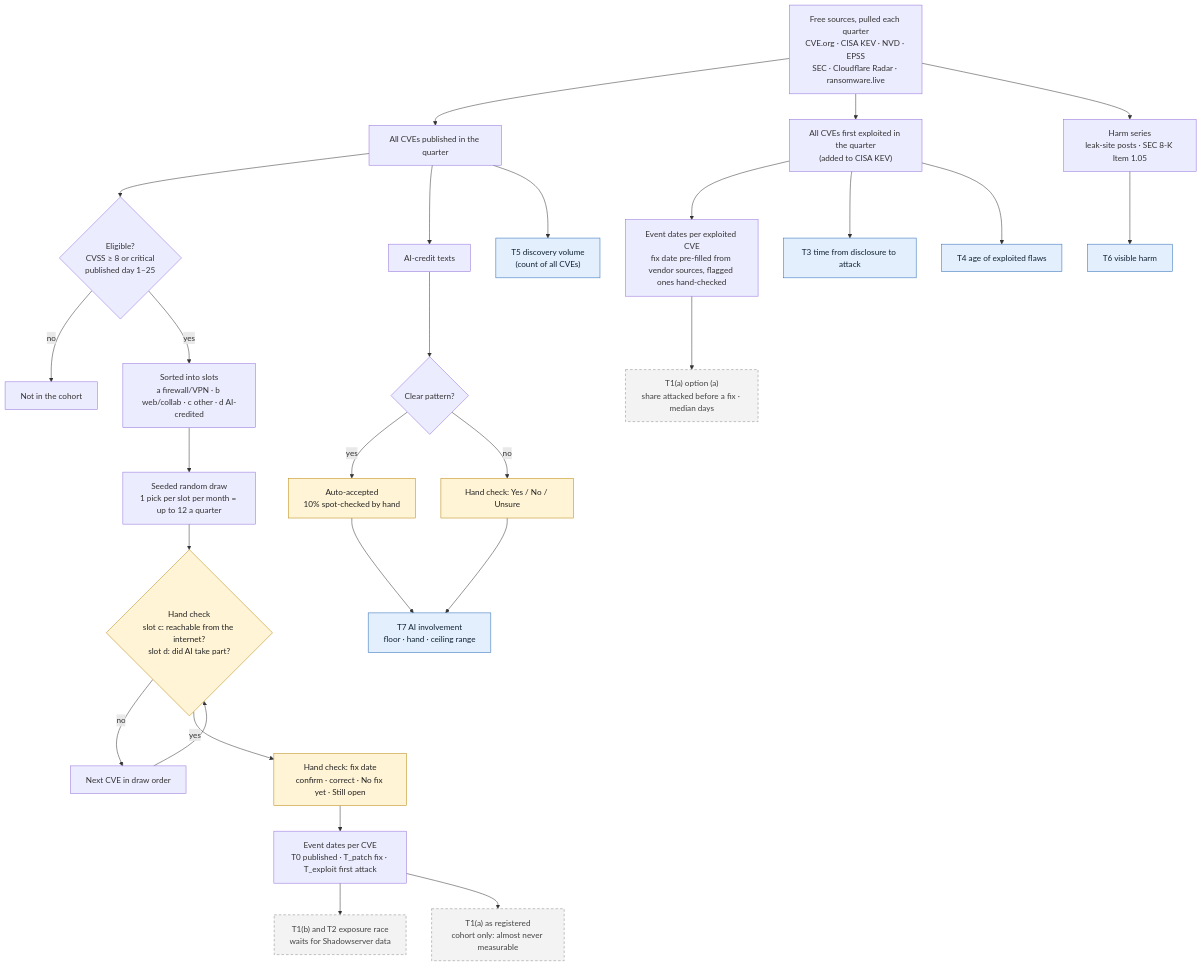
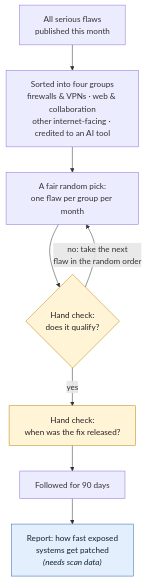
One commit to pagagne/internet-security-snapshot changed the second of 6 diagrams in docs/EVALUATION_FLOW.md. Above: the diagram before and after it, drawn with Mermaid. The commit also changed other lines of this file and 14 other files, not shown here.

First line of the commit message:
Evaluation page rebuilt as an overview plus four plain-language tracks (A-D), each with its own small diagram; glossary; diagram manifest updated

````diff
--- a/docs/EVALUATION_FLOW.md
+++ b/docs/EVALUATION_FLOW.md
@@ -16,38 +46,14 @@
 ```mermaid
 flowchart TD
-  SRC["Free sources, pulled each quarter<br/>CVE.org · CISA KEV · NVD · EPSS<br/>SEC · Cloudflare Radar · ransomware.live"]
-  SRC --> ALL["All CVEs published in the quarter"]
-  SRC --> KEV["All CVEs first exploited in the quarter<br/>(added to CISA KEV)"]
-  SRC --> HARM["Harm series<br/>leak-site posts · SEC 8-K Item 1.05"]
-
-  ALL --> ELIG{"Eligible?<br/>CVSS ≥ 8 or critical<br/>published day 1–25"}
-  ELIG -- no --> OUT["Not in the cohort"]
-  ELIG -- yes --> SLOT["Sorted into slots<br/>a firewall/VPN · b web/collab · c other · d AI-credited"]
-  SLOT --> DRAW["Seeded random draw<br/>1 pick per slot per month = up to 12 a quarter"]
-  DRAW --> HC1{"Hand check<br/>slot c: reachable from the internet?<br/>slot d: did AI take part?"}
-  HC1 -- no --> NEXT["Next CVE in draw order"] --> HC1
-  HC1 -- yes --> FIX["Hand check: fix date<br/>confirm · correct · No fix yet · Still open"]
-
-  ALL --> CRED["AI-credit texts"] --> AUTO{"Clear pattern?"}
-  AUTO -- yes --> ACC["Auto-accepted<br/>10% spot-checked by hand"]
-  AUTO -- no --> HC2["Hand check: Yes / No / Unsure"]
-  ACC --> T7["T7 AI involvement<br/>floor · hand · ceiling range"]
-  HC2 --> T7
-
-  FIX --> EV["Event dates per CVE<br/>T0 published · T_patch fix · T_exploit first attack"]
-  KEV --> EV2["Event dates per exploited CVE<br/>fix date pre-filled from vendor sources, flagged ones hand-checked"]
-  EV --> T1B["T1(b) and T2 exposure race<br/>waits for Shadowserver data"]
-  EV --> T1REG["T1(a) as registered<br/>cohort only: almost never measurable"]
-  EV2 --> T1A["T1(a) option (a)<br/>share attacked before a fix · median days"]
-  KEV --> T3["T3 time from disclosure to attack"]
-  KEV --> T4["T4 age of exploited flaws"]
-  HARM --> T6["T6 visible harm"]
-  ALL --> T5["T5 discovery volume<br/>(count of all CVEs)"]
-
-  classDef hand fill:#fff4d6,stroke:#b8860b,color:#222
-  classDef open fill:#f3f3f3,stroke:#888,stroke-dasharray:5 4,color:#444
-  classDef measure fill:#e3effc,stroke:#2a6bb5,color:#123
-  class HC1,FIX,HC2,ACC hand
-  class T1REG,T1A,T1B open
-  class T3,T4,T5,T6,T7 measure
+  A1["All serious flaws<br/>published this month"] --> A2["Sorted into four groups<br/>firewalls & VPNs · web & collaboration<br/>other internet-facing · credited to an AI tool"]
+  A2 --> A3["A fair random pick:<br/>one flaw per group per month"]
+  A3 --> A4{"Hand check:<br/>does it qualify?"}
+  A4 -- "no: take the next<br/>flaw in the random order" --> A3
+  A4 -- "yes" --> A5["Hand check:<br/>when was the fix released?"]
+  A5 --> A6["Followed for 90 days"]
+  A6 --> A7["Report: how fast exposed<br/>systems get patched<br/><i>(needs scan data)</i>"]
+  classDef you fill:#fff4d6,stroke:#b8860b,color:#222
+  classDef out fill:#e3effc,stroke:#2a6bb5,color:#123
+  class A4,A5 you
+  class A7 out
 ```
````
